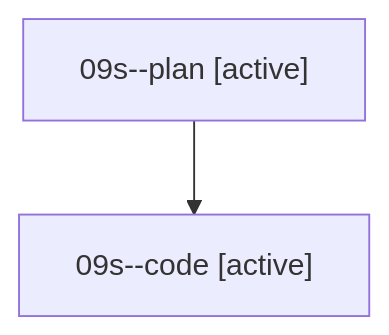
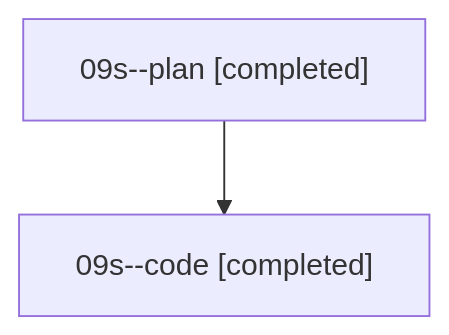
Before and after one commit to sase-org/sase--agents: the diagram in families/bbugyi200.athena.09s.md, drawn with Mermaid. The commit also changed other lines of this file and 82 other files, not shown here.

````diff
--- a/families/bbugyi200.athena.09s.md
+++ b/families/bbugyi200.athena.09s.md
@@ -9,6 +9,6 @@
 ```mermaid
 flowchart TD
-  n0["09s--plan [active]"]
-  n1["09s--code [active]"]
+  n0["09s--plan [completed]"]
+  n1["09s--code [completed]"]
   n0 --> n1
 ```
````
